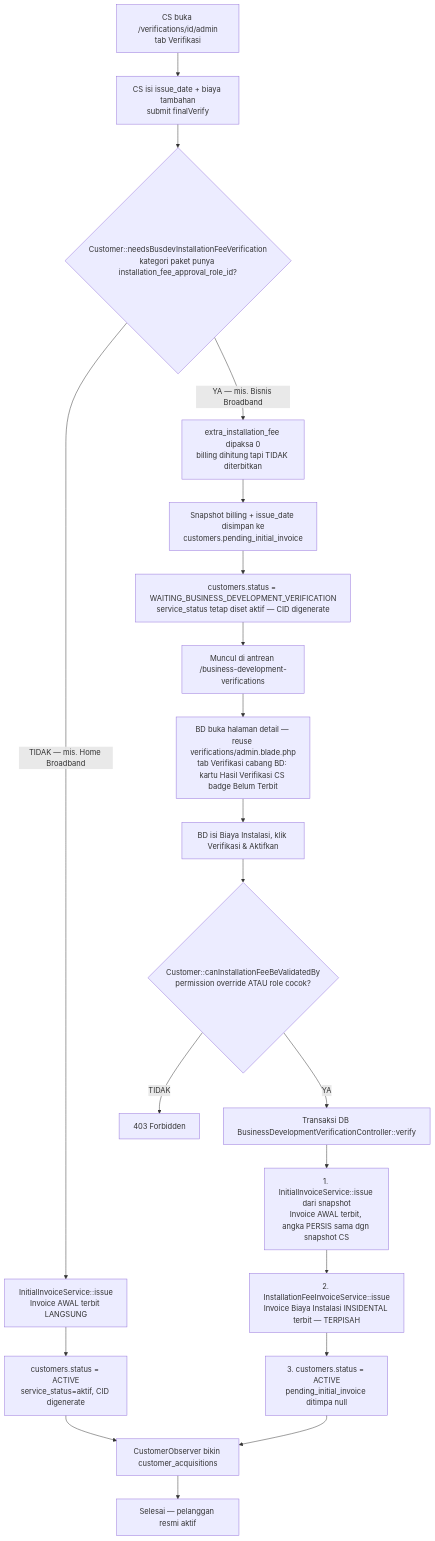
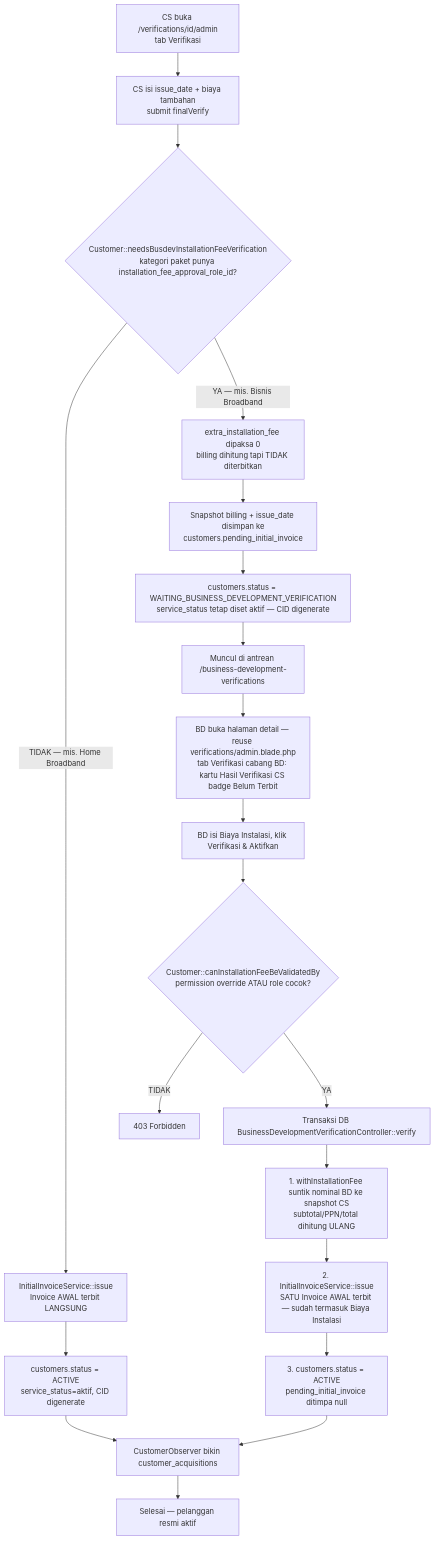
The first of 2 diagrams in docs/business-development/flowchart.md (YofhiFauda/whusnet-operasional), drawn with Mermaid before and after one commit. The commit also changed other lines of this file and 253 other files, not shown here.

````diff
--- a/docs/business-development/flowchart.md
+++ b/docs/business-development/flowchart.md
@@ -5,26 +5,26 @@
 ```mermaid
 flowchart TD
     A[CS buka /verifications/id/admin<br/>tab Verifikasi] --> B[CS isi issue_date + biaya tambahan<br/>submit finalVerify]
     B --> C{Customer::needsBusdevInstallationFeeVerification<br/>kategori paket punya installation_fee_approval_role_id?}
 
     C -->|TIDAK — mis. Home Broadband| D[InitialInvoiceService::issue<br/>Invoice AWAL terbit LANGSUNG]
     D --> E[customers.status = ACTIVE<br/>service_status=aktif, CID digenerate]
     E --> F[CustomerObserver bikin customer_acquisitions]
     F --> G[Selesai — pelanggan resmi aktif]
 
     C -->|YA — mis. Bisnis Broadband| H[extra_installation_fee dipaksa 0<br/>billing dihitung tapi TIDAK diterbitkan]
     H --> I[Snapshot billing + issue_date disimpan ke<br/>customers.pending_initial_invoice]
     I --> J[customers.status = WAITING_BUSINESS_DEVELOPMENT_VERIFICATION<br/>service_status tetap diset aktif — CID digenerate]
     J --> K[Muncul di antrean /business-development-verifications]
 
     K --> L[BD buka halaman detail — reuse verifications/admin.blade.php<br/>tab Verifikasi cabang BD: kartu Hasil Verifikasi CS badge Belum Terbit]
     L --> M[BD isi Biaya Instalasi, klik Verifikasi & Aktifkan]
     M --> N{Customer::canInstallationFeeBeValidatedBy<br/>permission override ATAU role cocok?}
     N -->|TIDAK| O[403 Forbidden]
     N -->|YA| P[Transaksi DB BusinessDevelopmentVerificationController::verify]
 
-    P --> P1[1. InitialInvoiceService::issue dari snapshot<br/>Invoice AWAL terbit, angka PERSIS sama dgn snapshot CS]
-    P1 --> P2[2. InstallationFeeInvoiceService::issue<br/>Invoice Biaya Instalasi INSIDENTAL terbit — TERPISAH]
+    P --> P1[1. withInstallationFee suntik nominal BD ke snapshot CS<br/>subtotal/PPN/total dihitung ULANG]
+    P1 --> P2[2. InitialInvoiceService::issue<br/>SATU Invoice AWAL terbit — sudah termasuk Biaya Instalasi]
     P2 --> P3[3. customers.status = ACTIVE<br/>pending_initial_invoice ditimpa null]
     P3 --> F
 ```
````
